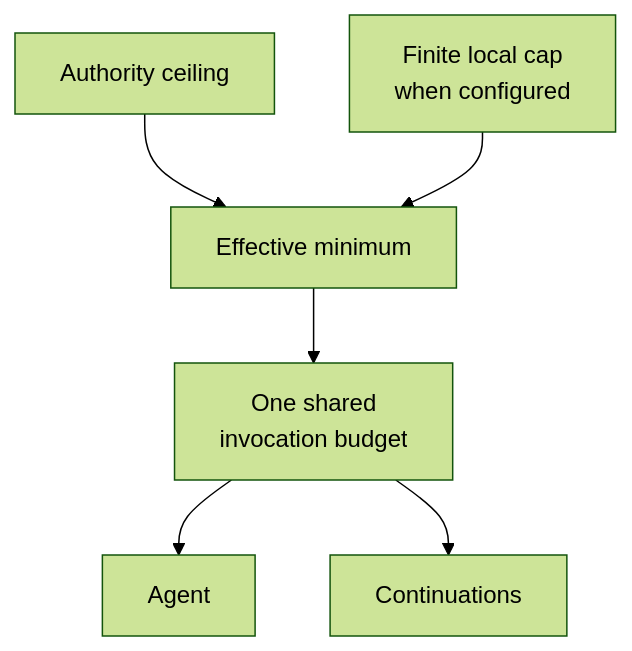
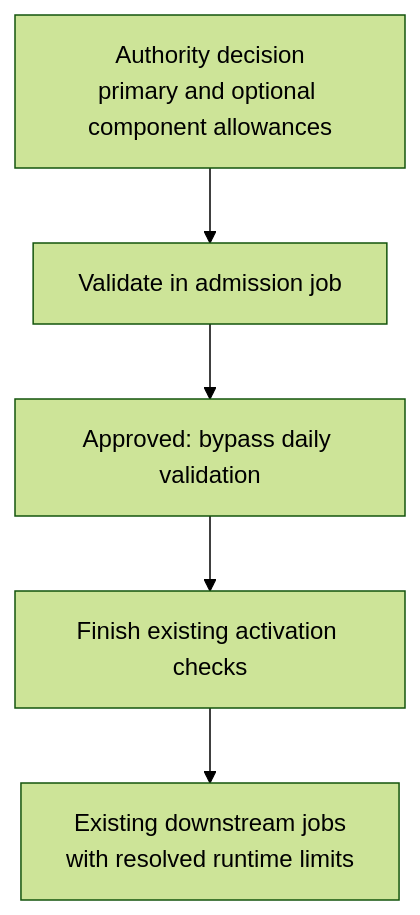
One commit to githubnext/gh-aw changed the fifth of 5 diagrams in docs/src/content/docs/specs/admission-service-specification.md. Above: the diagram before and after it, drawn with Mermaid (forest theme). The commit also changed other lines of this file and 419 other files, not shown here.

First line of the commit message:
Add isolated OIDC admission and runtime credit allowances (#70429)

````diff
--- a/docs/src/content/docs/specs/admission-service-specification.md
+++ b/docs/src/content/docs/specs/admission-service-specification.md
@@ -539,8 +559,7 @@
 ```mermaid
 flowchart TD
-    S["Authority ceiling"] --> M["Effective minimum"]
-    L["Finite local cap<br/>when configured"] --> M
-    M --> B["One shared<br/>invocation budget"]
-    B --> A["Agent"]
-    B --> C["Continuations"]
+    S["Authority decision<br/>primary and optional component allowances"] --> V["Validate in admission job"]
+    V --> A["Approved: bypass daily validation"]
+    A --> F["Finish existing activation checks"]
+    F --> J["Existing downstream jobs<br/>with resolved runtime limits"]
 ```
````
